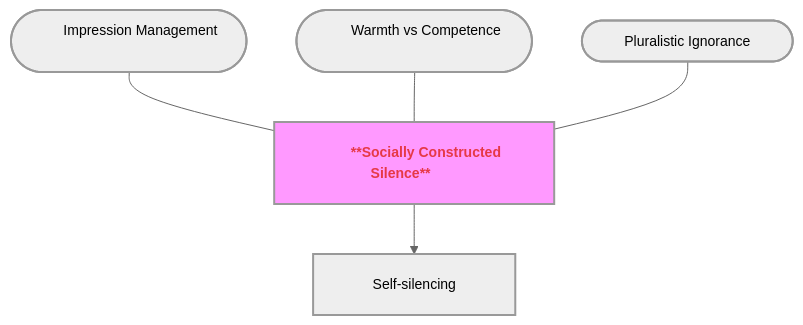
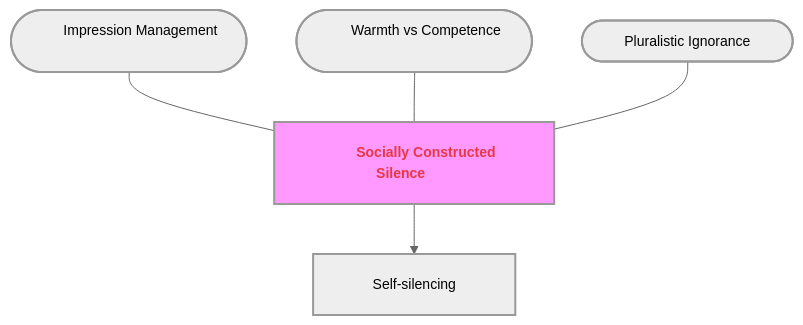
Before and after one commit to GM024/CourseSummaries: the third of 8 diagrams in Communication_Influence/Mastery_Guide_SOW_BS033.md, drawn with Mermaid. The commit also changed other lines of this file, not shown here.

Commit message:
Fix: Replace MD bold with HTML <b> for Mermaid compatibility

````diff
--- a/Communication_Influence/Mastery_Guide_SOW_BS033.md
+++ b/Communication_Influence/Mastery_Guide_SOW_BS033.md
@@ -111,14 +111,14 @@
 ```mermaid
 %%{init: { 'flowchart': { 'padding': 20, 'nodeSpacing': 50, 'rankSpacing': 50, 'useMaxWidth': false }, 'theme': 'neutral', 'themeVariables': { 'fontSize': '14px' }}}%%
 graph TD
-    Hub["&nbsp;&nbsp;&nbsp;&nbsp;&nbsp;&nbsp; <span style='color:#e63946'>**Socially Constructed Silence**</span> &nbsp;&nbsp;&nbsp;&nbsp;&nbsp;&nbsp;"]:::hubNode
+    Hub["&nbsp;&nbsp;&nbsp;&nbsp;&nbsp;&nbsp; <span style='color:#e63946'><b>Socially Constructed Silence</b></span> &nbsp;&nbsp;&nbsp;&nbsp;&nbsp;&nbsp;"]:::hubNode
     
     S1(["&nbsp;&nbsp;&nbsp;&nbsp;&nbsp;&nbsp; Impression Management &nbsp;&nbsp;&nbsp;&nbsp;&nbsp;&nbsp;"]) --- Hub
     S2(["&nbsp;&nbsp;&nbsp;&nbsp;&nbsp;&nbsp; Warmth vs Competence &nbsp;&nbsp;&nbsp;&nbsp;&nbsp;&nbsp;"]) --- Hub
     S3(["&nbsp;&nbsp;&nbsp;&nbsp;&nbsp;&nbsp; Pluralistic Ignorance &nbsp;&nbsp;&nbsp;&nbsp;&nbsp;&nbsp;"]) --- Hub
     
     Hub --> B1["&nbsp;&nbsp;&nbsp;&nbsp; Self-silencing &nbsp;&nbsp;&nbsp;&nbsp;"]
     
     classDef hubNode font-weight:bold,stroke-width:2px,fill:#f9f;
     classDef default stroke-width:2px;
 ```
````
